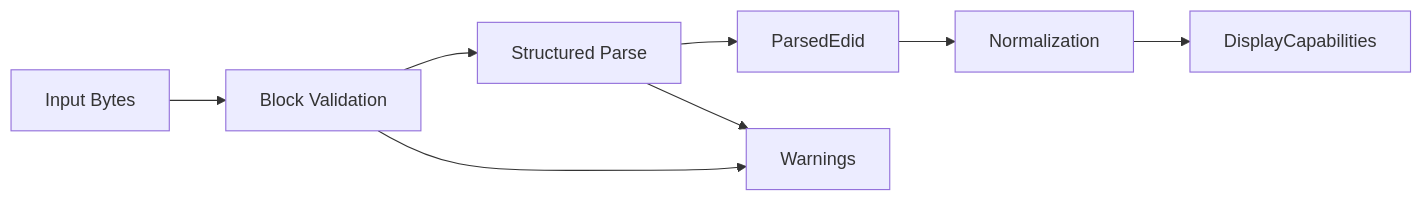
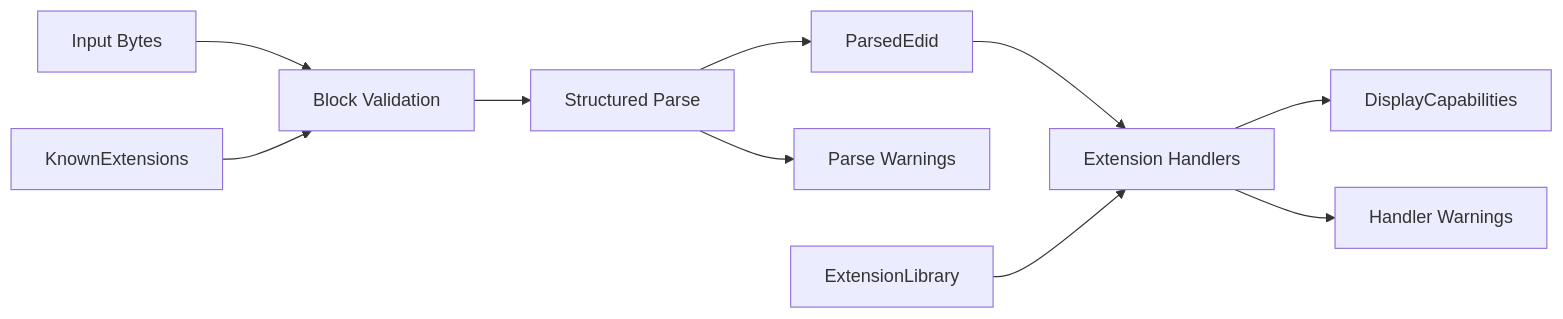
The diagram in doc/architecture.md (DracoWhitefire/piaf), drawn with Mermaid before and after one commit. The commit also changed other lines of this file, not shown here.

Commit message:
Updated the architecture doc to reflect changes

````diff
--- a/doc/architecture.md
+++ b/doc/architecture.md
@@ -6,11 +7,12 @@
 ```mermaid
- flowchart LR 
-A[Input Bytes] --> B[Block Validation] 
-B --> C[Structured Parse] 
-C --> D[ParsedEdid] 
-D --> E[Normalization] 
-E --> F[DisplayCapabilities] 
-C --> G[Warnings]
-B --> G
-
+flowchart LR
+    A[Input Bytes] --> B[Block Validation]
+    K[KnownExtensions] --> B
+    B --> C[Structured Parse]
+    C --> D[ParsedEdid]
+    C --> G[Parse Warnings]
+    D --> E[Extension Handlers]
+    L[ExtensionLibrary] --> E
+    E --> F[DisplayCapabilities]
+    E --> H[Handler Warnings]
 ```
````
